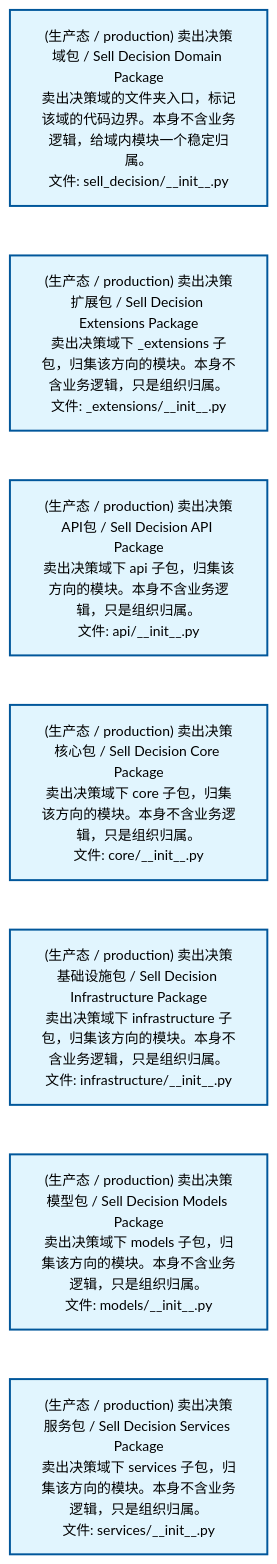
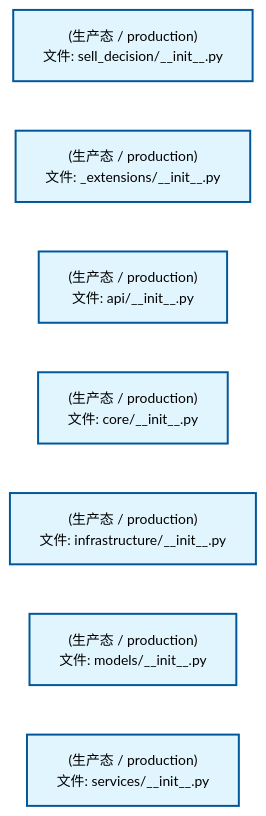
Before and after one commit to xuanFelixVan/ZephyrAlpha: the second of 4 diagrams in docs/02_enterprise_architecture/02_domain_architecture_docs/67_d_sell_decision.md, drawn with Mermaid. The commit also changed other lines of this file and 75 other files, not shown here.

````diff
--- a/docs/02_enterprise_architecture/02_domain_architecture_docs/67_d_sell_decision.md
+++ b/docs/02_enterprise_architecture/02_domain_architecture_docs/67_d_sell_decision.md
@@ -53,22 +126,22 @@
 ```mermaid
 %%{init: {'theme': 'base', 'themeVariables': {'primaryColor': '#eaeaea', 'primaryTextColor': '#333333', 'primaryBorderColor': '#666666', 'lineColor': '#666666', 'secondaryColor': '#eaeaea', 'tertiaryColor': '#eaeaea', 'fontSize': '14px'}}}%%
 flowchart TD
-    src_zephyr_sell_decision_init_py["(生产态 / production) 卖出决策域包 / Sell Decision Domain Package<br/>卖出决策域的文件夹入口，标记该域的代码边界。本身不含业务逻辑，给域内模块一个稳定归属。<br/>文件: sell_decision/__init__.py"]
-    src_zephyr_sell_decision_extensions_init_py["(生产态 / production) 卖出决策扩展包 / Sell Decision Extensions Package<br/>卖出决策域下 _extensions 子包，归集该方向的模块。本身不含业务逻辑，只是组织归属。<br/>文件: _extensions/__init__.py"]
-    src_zephyr_sell_decision_api_init_py["(生产态 / production) 卖出决策API包 / Sell Decision API Package<br/>卖出决策域下 api 子包，归集该方向的模块。本身不含业务逻辑，只是组织归属。<br/>文件: api/__init__.py"]
-    src_zephyr_sell_decision_core_init_py["(生产态 / production) 卖出决策核心包 / Sell Decision Core Package<br/>卖出决策域下 core 子包，归集该方向的模块。本身不含业务逻辑，只是组织归属。<br/>文件: core/__init__.py"]
-    src_zephyr_sell_decision_infrastructure_init_py["(生产态 / production) 卖出决策基础设施包 / Sell Decision Infrastructure Package<br/>卖出决策域下 infrastructure 子包，归集该方向的模块。本身不含业务逻辑，只是组织归属。<br/>文件: infrastructure/__init__.py"]
-    src_zephyr_sell_decision_models_init_py["(生产态 / production) 卖出决策模型包 / Sell Decision Models Package<br/>卖出决策域下 models 子包，归集该方向的模块。本身不含业务逻辑，只是组织归属。<br/>文件: models/__init__.py"]
-    src_zephyr_sell_decision_services_init_py["(生产态 / production) 卖出决策服务包 / Sell Decision Services Package<br/>卖出决策域下 services 子包，归集该方向的模块。本身不含业务逻辑，只是组织归属。<br/>文件: services/__init__.py"]
+    src_zephyr_sell_decision_init_py["(生产态 / production)<br/>文件: sell_decision/__init__.py"]
+    src_zephyr_sell_decision_extensions_init_py["(生产态 / production)<br/>文件: _extensions/__init__.py"]
+    src_zephyr_sell_decision_api_init_py["(生产态 / production)<br/>文件: api/__init__.py"]
+    src_zephyr_sell_decision_core_init_py["(生产态 / production)<br/>文件: core/__init__.py"]
+    src_zephyr_sell_decision_infrastructure_init_py["(生产态 / production)<br/>文件: infrastructure/__init__.py"]
+    src_zephyr_sell_decision_models_init_py["(生产态 / production)<br/>文件: models/__init__.py"]
+    src_zephyr_sell_decision_services_init_py["(生产态 / production)<br/>文件: services/__init__.py"]
     src_zephyr_sell_decision_init_py ~~~ src_zephyr_sell_decision_extensions_init_py
     src_zephyr_sell_decision_extensions_init_py ~~~ src_zephyr_sell_decision_api_init_py
     src_zephyr_sell_decision_api_init_py ~~~ src_zephyr_sell_decision_core_init_py
     src_zephyr_sell_decision_core_init_py ~~~ src_zephyr_sell_decision_infrastructure_init_py
     src_zephyr_sell_decision_infrastructure_init_py ~~~ src_zephyr_sell_decision_models_init_py
     src_zephyr_sell_decision_models_init_py ~~~ src_zephyr_sell_decision_services_init_py
     classDef production fill:#e1f5fe,stroke:#01579b,stroke-width:2px,color:#000
     classDef design fill:#fff3e0,stroke:#e65100,stroke-width:2px,color:#000,stroke-dasharray: 5 5
     classDef external_prod fill:#e8f4fd,stroke:#0277bd,stroke-width:1px,color:#000
     classDef external_design fill:#fff8e7,stroke:#ef6c00,stroke-width:1px,color:#000,stroke-dasharray: 5 5
     class src_zephyr_sell_decision_init_py,src_zephyr_sell_decision_extensions_init_py,src_zephyr_sell_decision_api_init_py,src_zephyr_sell_decision_core_init_py,src_zephyr_sell_decision_infrastructure_init_py,src_zephyr_sell_decision_models_init_py,src_zephyr_sell_decision_services_init_py production
 ```
````
